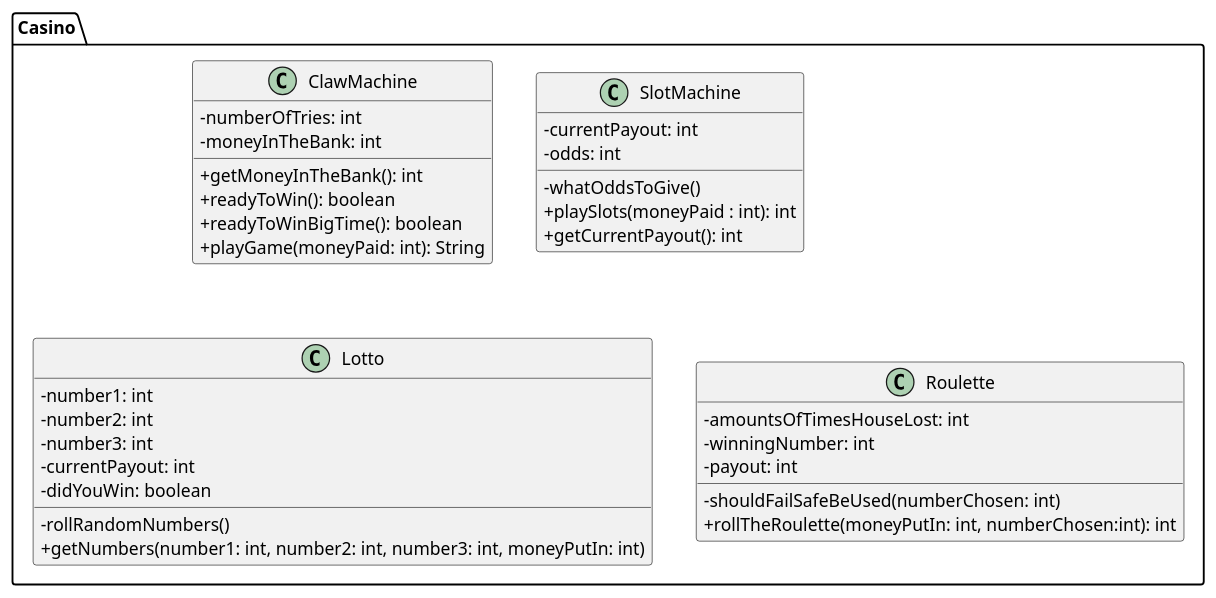
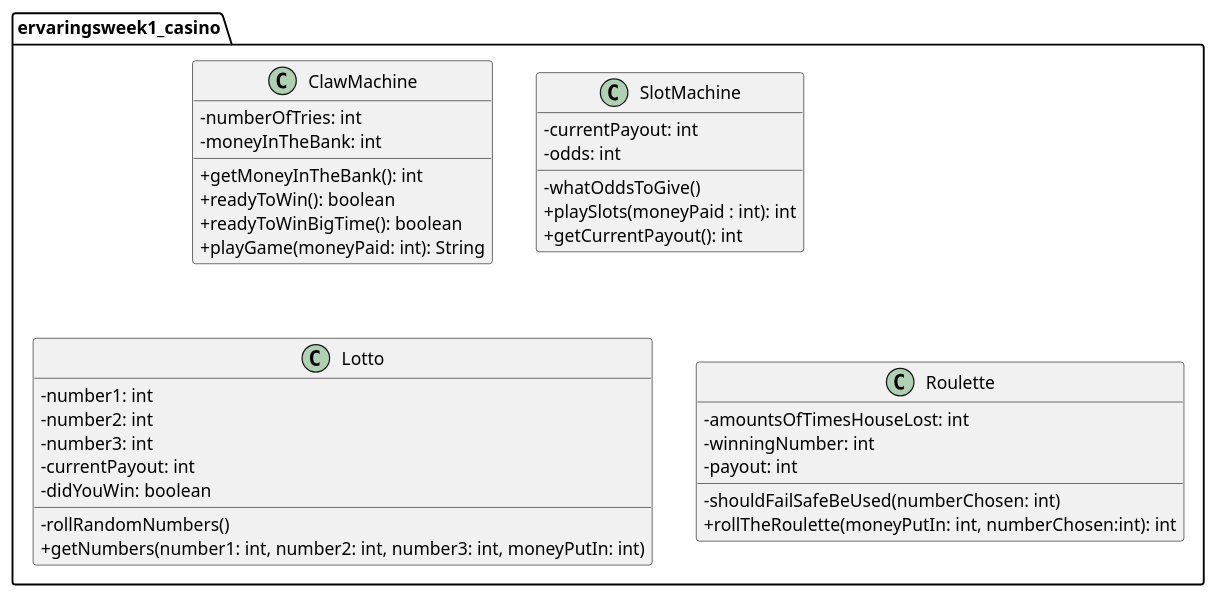
Before and after one commit to BramLab/Ervaringsweek1_Casino: the diagram in Casino/src/be/intecbrussel/ervaringsweek1_casino/casiUML.puml, drawn with PlantUML. The commit also changed 4 other files, not shown here.

```diff
--- a/Casino/src/be/intecbrussel/ervaringsweek1_casino/casiUML.puml
+++ b/Casino/src/be/intecbrussel/ervaringsweek1_casino/casiUML.puml
@@ -1,44 +1,44 @@
 @startuml
-package "Casino" {
+package "ervaringsweek1_casino" {
+
 skinparam classAttributeIconSize 0
 
     class ClawMachine {
         - numberOfTries: int
         - moneyInTheBank: int
         + getMoneyInTheBank(): int
         + readyToWin(): boolean
         + readyToWinBigTime(): boolean
         + playGame(moneyPaid: int): String
     }
 
     class SlotMachine {
         - currentPayout: int
         - odds: int
         - whatOddsToGive()
         + playSlots(moneyPaid : int): int
         + getCurrentPayout(): int
     }
 
     class Lotto {
         - number1: int
         - number2: int
         - number3: int
         - currentPayout: int
         - didYouWin: boolean
         - rollRandomNumbers()
         + getNumbers(number1: int, number2: int, number3: int, moneyPutIn: int)
-
     }
 
 
-    class Roulette {
+    class Roulette{
         - amountsOfTimesHouseLost: int
         - winningNumber: int
         - payout: int
         - shouldFailSafeBeUsed(numberChosen: int)
         + rollTheRoulette(moneyPutIn: int, numberChosen:int): int
     }
 
 
 }
 @endumlml
```
